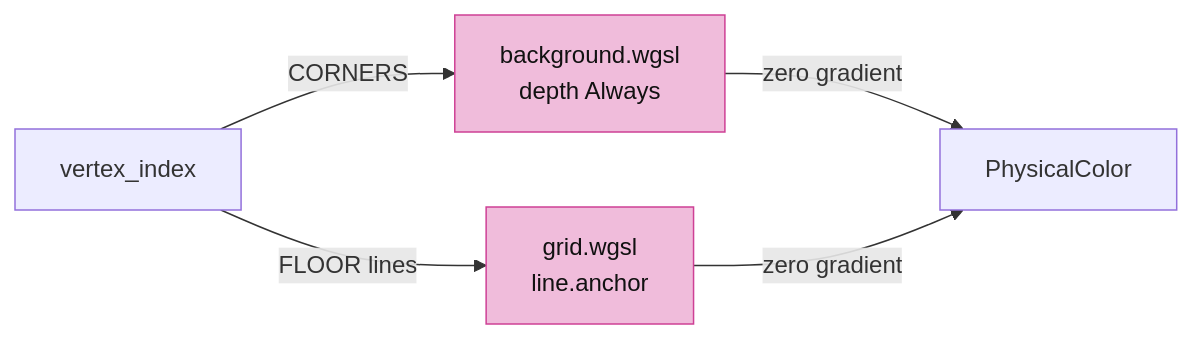
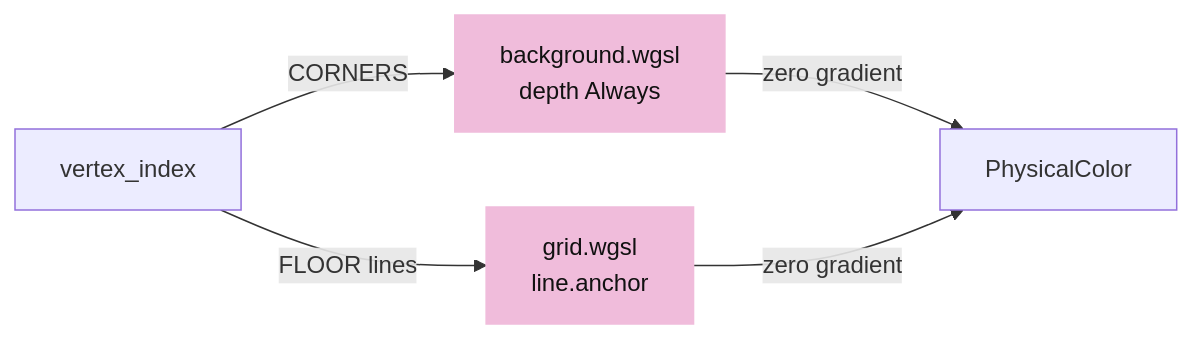
The third of 15 diagrams in session_viewer/docs/05-visibility.md (petrasvestartas/session), drawn with Mermaid before and after one commit. The commit also changed other lines of this file and 324 other files, not shown here.

````diff
--- a/session_viewer/docs/05-visibility.md
+++ b/session_viewer/docs/05-visibility.md
@@ -60,8 +62,8 @@
 ```mermaid
 flowchart LR
     V["vertex_index"] -- "CORNERS" --> B["background.wgsl<br/>depth Always"]
     V -- "FLOOR lines" --> G["grid.wgsl<br/>line.anchor"]
     B & G -- "zero gradient" --> P["PhysicalColor"]
-    style B fill:#f0bcdb,stroke:#ce4095,color:#111
-    style G fill:#f0bcdb,stroke:#ce4095,color:#111
+    style B fill:#f0bcdb,stroke:#f0bcdb,color:#111
+    style G fill:#f0bcdb,stroke:#f0bcdb,color:#111
 ```
````
